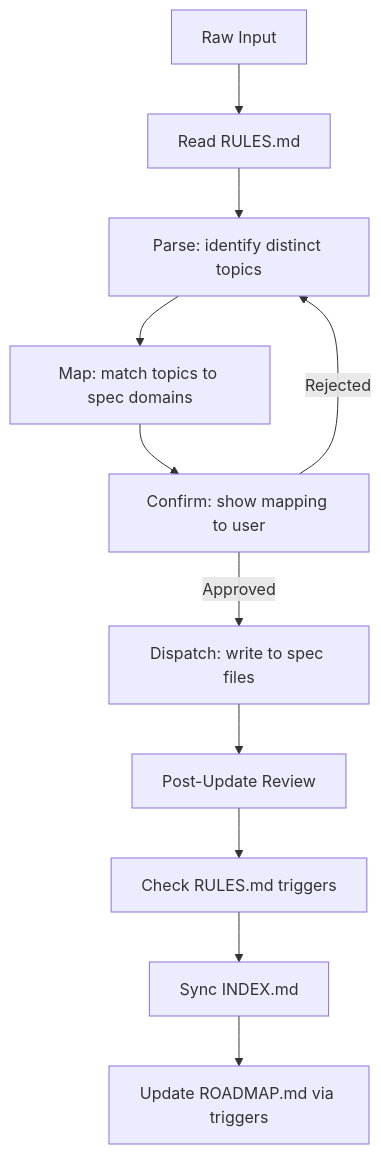
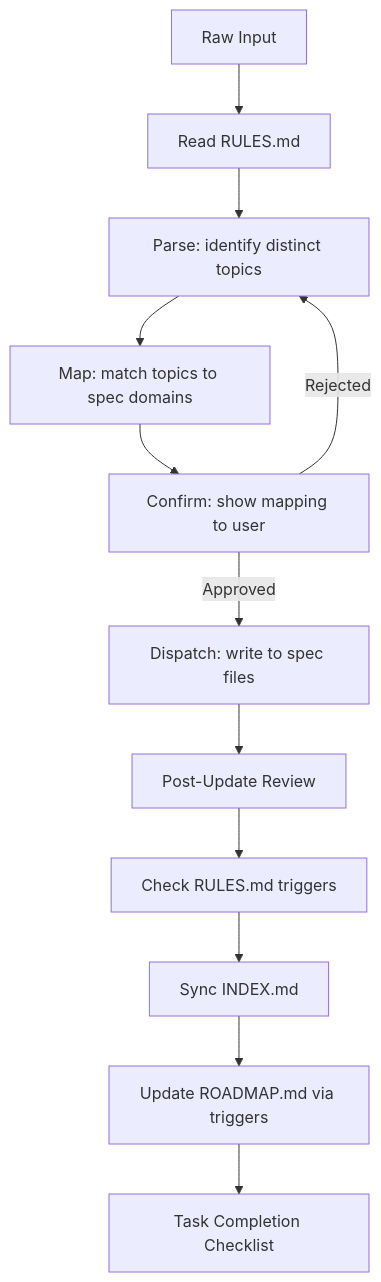
Before and after one commit to teratron/bevy-launchpad: the second of 3 diagrams in .agent/workflows/specification.md, drawn with Mermaid. The commit also changed other lines of this file and 1 other file, not shown here.

````diff
--- a/.agent/workflows/specification.md
+++ b/.agent/workflows/specification.md
@@ -70,13 +71,14 @@
 ```mermaid
 graph TD
     A[Raw Input] --> R[Read RULES.md]
     R --> B[Parse: identify distinct topics]
     B --> C[Map: match topics to spec domains]
     C --> D[Confirm: show mapping to user]
     D -->|Approved| E[Dispatch: write to spec files]
     D -->|Rejected| B
     E --> F[Post-Update Review]
     F --> G[Check RULES.md triggers]
     G --> H[Sync INDEX.md]
     H --> I[Update ROADMAP.md via triggers]
+    I --> J[Task Completion Checklist]
 ```
````
